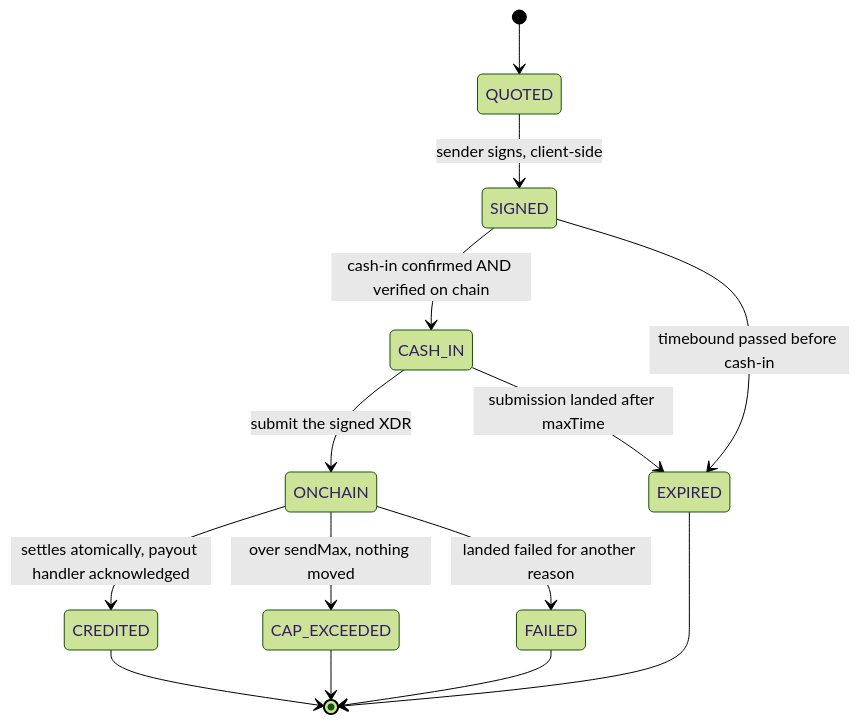
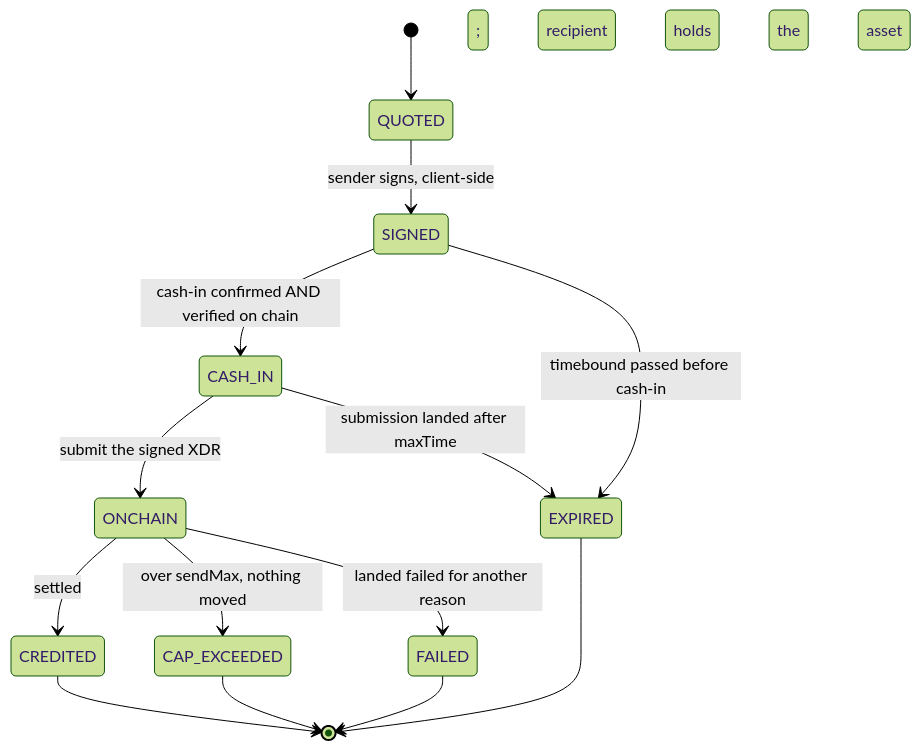
The second of 2 diagrams in README.md (yigitcangokmen/corramoney), drawn with Mermaid (forest theme) before and after one commit. The commit also changed other lines of this file and 12 other files, not shown here.

Commit message:
docs: month 2 architecture, api, risks, testnet reset, release checklist

````diff
--- a/README.md
+++ b/README.md
@@ -147,16 +174,16 @@
 ```mermaid
 stateDiagram-v2
     [*] --> QUOTED
     QUOTED --> SIGNED: sender signs, client-side
     SIGNED --> CASH_IN: cash-in confirmed AND verified on chain
     SIGNED --> EXPIRED: timebound passed before cash-in
     CASH_IN --> ONCHAIN: submit the signed XDR
     CASH_IN --> EXPIRED: submission landed after maxTime
-    ONCHAIN --> CREDITED: settles atomically, payout handler acknowledged
+    ONCHAIN --> CREDITED: settled; recipient holds the asset
     ONCHAIN --> CAP_EXCEEDED: over sendMax, nothing moved
     ONCHAIN --> FAILED: landed failed for another reason
     CREDITED --> [*]
     EXPIRED --> [*]
     CAP_EXCEEDED --> [*]
     FAILED --> [*]
 ```
````
